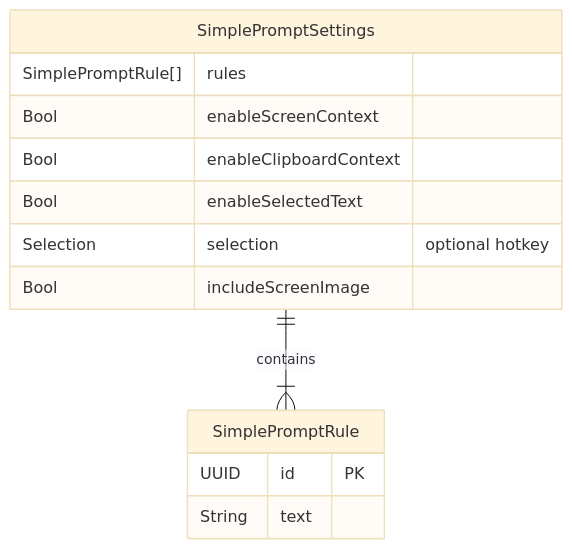
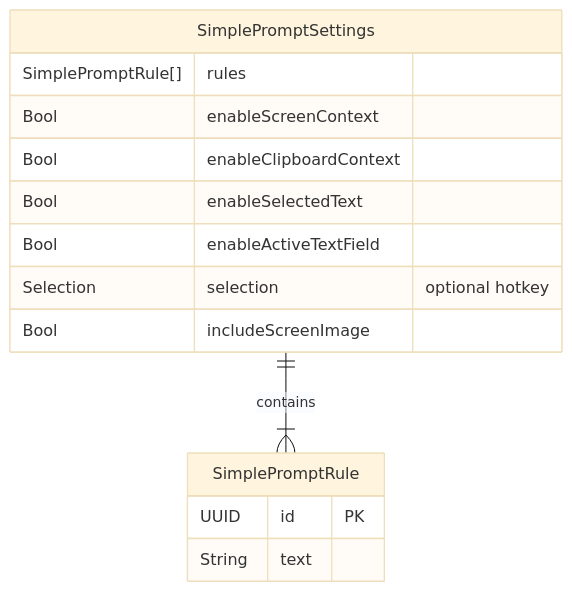
The third of 10 diagrams in datamodel.md (dkapo88/WonderWhisper-macOS), drawn with Mermaid (base theme) before and after one commit. The commit also changed other lines of this file and 6 other files, not shown here.

Commit message:
feat: Add active text field context to dictation and LLM prompts, including capture, settings, and UI.

````diff
--- a/datamodel.md
+++ b/datamodel.md
@@ -129,18 +132,19 @@
 ```mermaid
 erDiagram
     SimplePromptSettings {
         SimplePromptRule[] rules
         Bool enableScreenContext
         Bool enableClipboardContext
         Bool enableSelectedText
+        Bool enableActiveTextField
         Selection selection "optional hotkey"
         Bool includeScreenImage
     }
     
     SimplePromptRule {
         UUID id PK
         String text
     }
     
     SimplePromptSettings ||--|{ SimplePromptRule : "contains"
 ```
````
